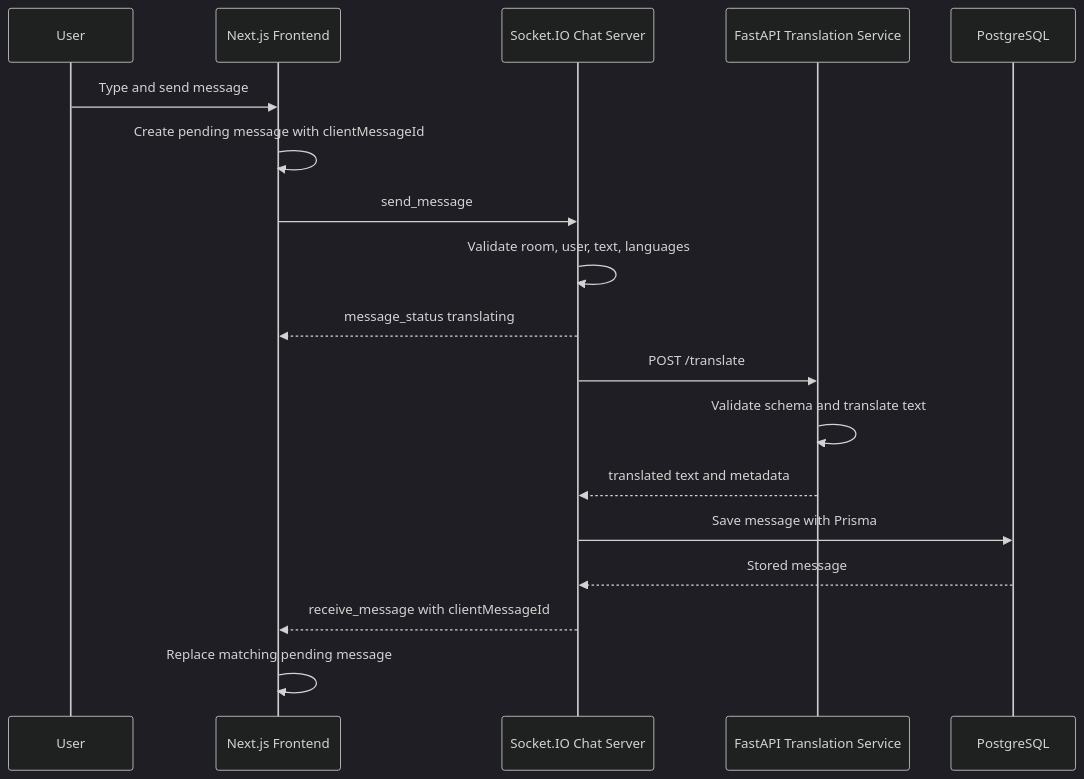
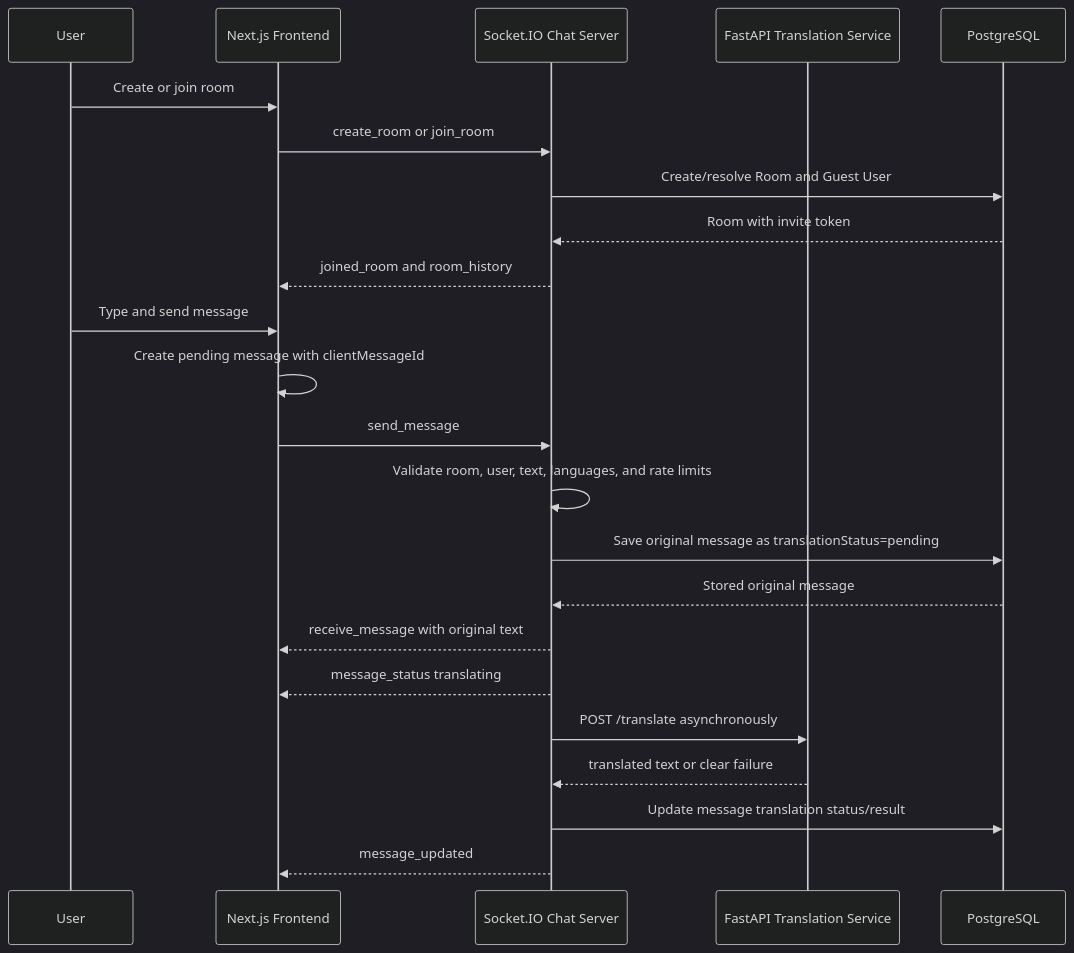
Before and after one commit to akitouemura-lab/trans-chat: the second of 2 diagrams in README.md, drawn with Mermaid (dark theme). The commit also changed other lines of this file and 28 other files, not shown here.

Commit message:
Improve room privacy, async translation, rate limiting, and docs

````diff
--- a/README.md
+++ b/README.md
@@ -136,21 +145,26 @@
 ```mermaid
 sequenceDiagram
     participant User
     participant Frontend as Next.js Frontend
     participant Socket as Socket.IO Chat Server
     participant Translate as FastAPI Translation Service
     participant DB as PostgreSQL
 
+    User->>Frontend: Create or join room
+    Frontend->>Socket: create_room or join_room
+    Socket->>DB: Create/resolve Room and Guest User
+    DB-->>Socket: Room with invite token
+    Socket-->>Frontend: joined_room and room_history
     User->>Frontend: Type and send message
     Frontend->>Frontend: Create pending message with clientMessageId
     Frontend->>Socket: send_message
-    Socket->>Socket: Validate room, user, text, languages
+    Socket->>Socket: Validate room, user, text, languages, and rate limits
+    Socket->>DB: Save original message as translationStatus=pending
+    DB-->>Socket: Stored original message
+    Socket-->>Frontend: receive_message with original text
     Socket-->>Frontend: message_status translating
-    Socket->>Translate: POST /translate
-    Translate->>Translate: Validate schema and translate text
-    Translate-->>Socket: translated text and metadata
-    Socket->>DB: Save message with Prisma
-    DB-->>Socket: Stored message
-    Socket-->>Frontend: receive_message with clientMessageId
-    Frontend->>Frontend: Replace matching pending message
+    Socket->>Translate: POST /translate asynchronously
+    Translate-->>Socket: translated text or clear failure
+    Socket->>DB: Update message translation status/result
+    Socket-->>Frontend: message_updated
 ```
````
